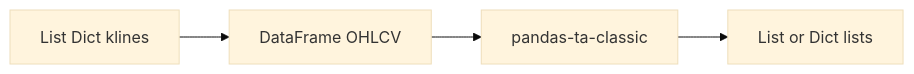
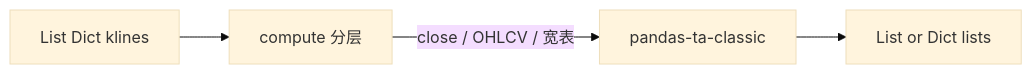
One commit to garnet1985/new-tea-quant changed the diagram in core/modules/indicator/docs/ARCHITECTURE.md. Above: the diagram before and after it, drawn with Mermaid (base theme). The commit also changed other lines of this file and 45 other files, not shown here.

````diff
--- a/core/modules/indicator/docs/ARCHITECTURE.md
+++ b/core/modules/indicator/docs/ARCHITECTURE.md
@@ -47,10 +55,10 @@
 ```mermaid
 flowchart LR
   K[List Dict klines]
-  DF[DataFrame OHLCV]
+  C[compute 分层]
   TA[pandas-ta-classic]
   OUT[List or Dict lists]
-  K --> DF
-  DF --> TA
+  K --> C
+  C -->|close / OHLCV / 宽表| TA
   TA --> OUT
 ```
````
